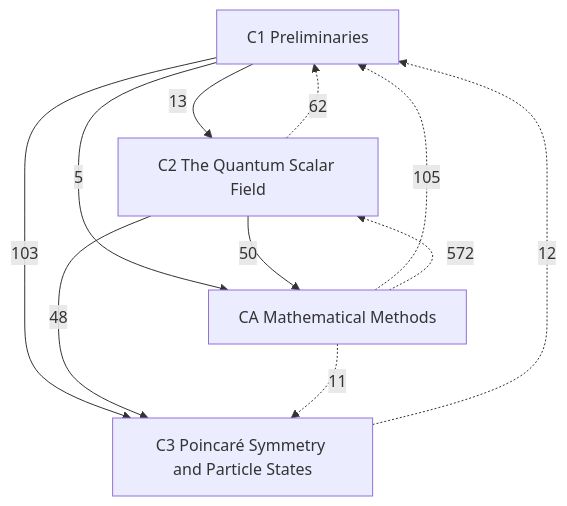
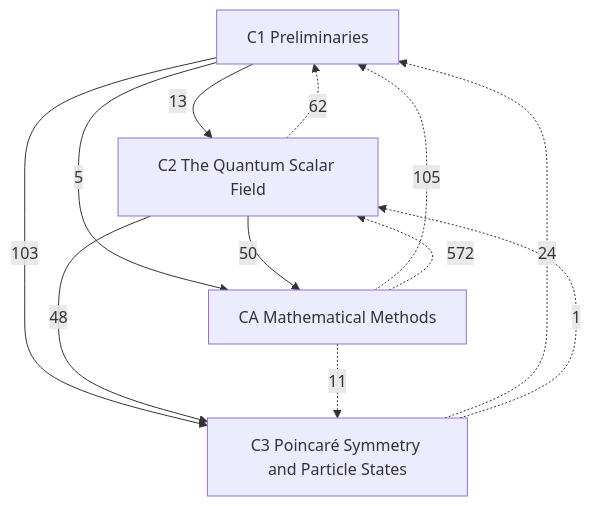
Before and after one commit to Onion20040508/notes: the diagram in Physics/Quantum Field Theory/Quantum Field Theory.md, drawn with Mermaid. The commit also changed 49 other files, not shown here.

````diff
--- a/Physics/Quantum Field Theory/Quantum Field Theory.md
+++ b/Physics/Quantum Field Theory/Quantum Field Theory.md
@@ -23,17 +23,18 @@
 ```mermaid
 graph TD
   C1["C1 Preliminaries"]
   C2["C2 The Quantum Scalar Field"]
   C3["C3 Poincaré Symmetry and Particle States"]
   CA["CA Mathematical Methods"]
   C1 -->|13| C2
   C1 -->|103| C3
   C2 -->|48| C3
   C1 -->|5| CA
   C2 -->|50| CA
   C2 -.->|62| C1
-  C3 -.->|12| C1
+  C3 -.->|24| C1
   CA -.->|105| C1
+  C3 -.->|1| C2
   CA -.->|572| C2
   CA -.->|11| C3
 ```
````
